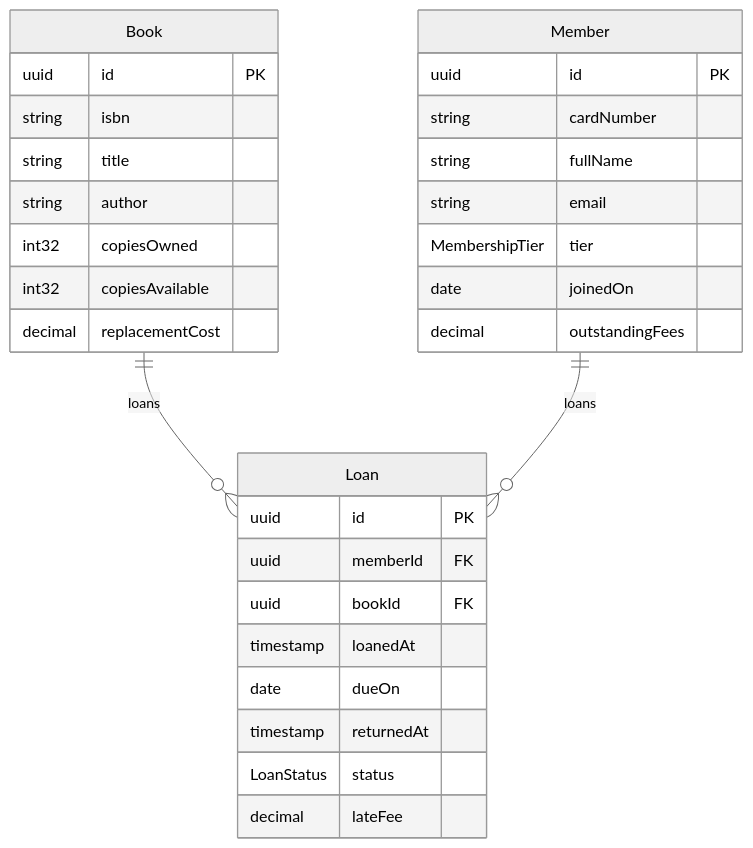
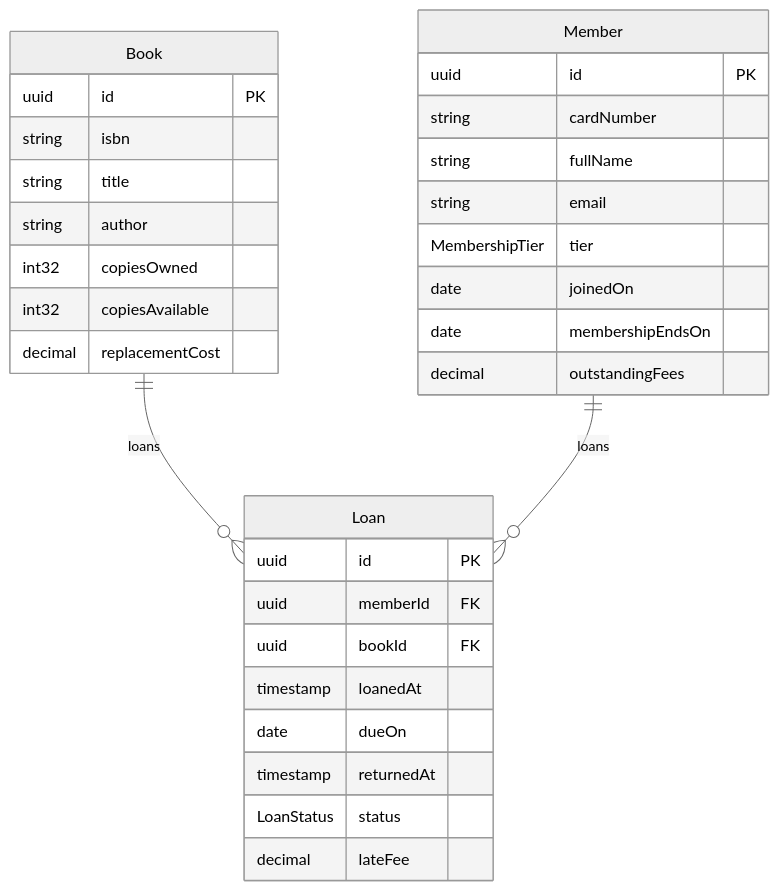
Before and after one commit to SpecArch/specarch: the second of 4 diagrams in examples/library-lending/spec/specarch.md, drawn with Mermaid (neutral theme). The commit also changed other lines of this file and 89 other files, not shown here.

````diff
--- a/examples/library-lending/spec/specarch.md
+++ b/examples/library-lending/spec/specarch.md
@@ -47,33 +47,34 @@
 ```mermaid
 erDiagram
   Book ||--o{ Loan : loans
   Member ||--o{ Loan : loans
   Book {
     uuid id PK
     string isbn
     string title
     string author
     int32 copiesOwned
     int32 copiesAvailable
     decimal replacementCost
   }
   Loan {
     uuid id PK
     uuid memberId FK
     uuid bookId FK
     timestamp loanedAt
     date dueOn
     timestamp returnedAt
     LoanStatus status
     decimal lateFee
   }
   Member {
     uuid id PK
     string cardNumber
     string fullName
     string email
     MembershipTier tier
     date joinedOn
+    date membershipEndsOn
     decimal outstandingFees
   }
 ```
````
